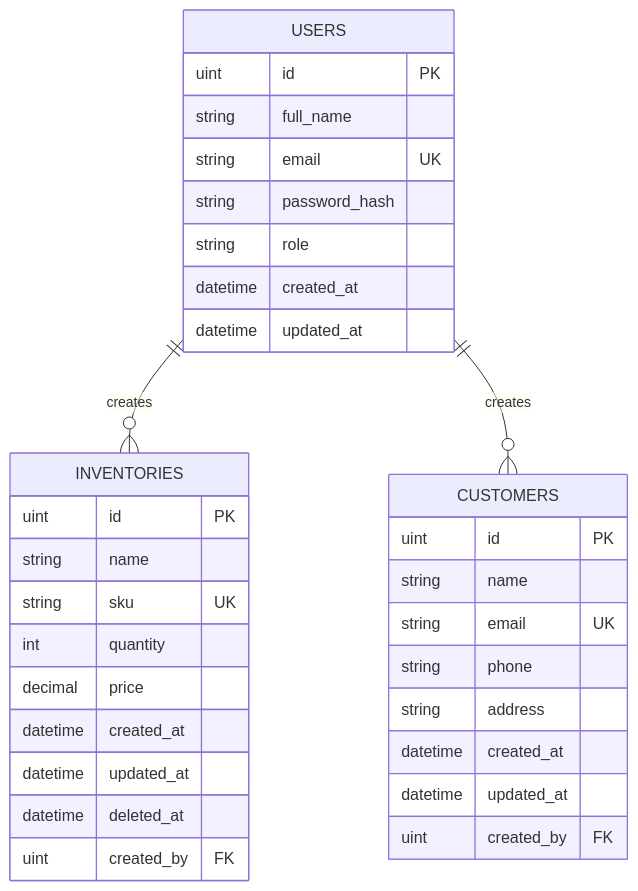
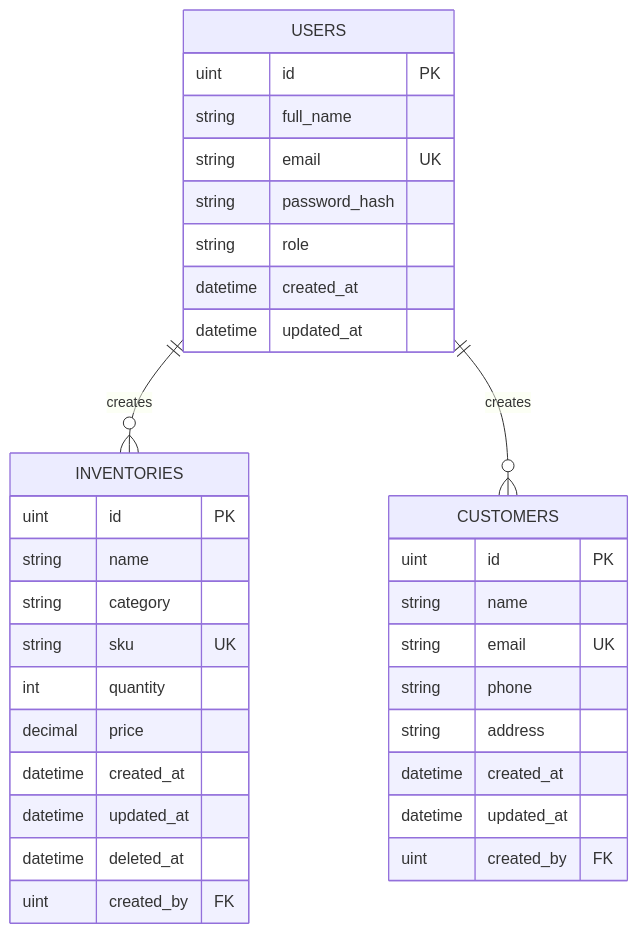
Before and after one commit to HimashaChinthani/IceCreamShop: the diagram in docs/er-diagram.mmd, drawn with Mermaid. The commit also changed 9 other files, not shown here.

```diff
--- a/docs/er-diagram.mmd
+++ b/docs/er-diagram.mmd
@@ -1,34 +1,35 @@
 erDiagram
     USERS {
         uint id PK
         string full_name
         string email UK
         string password_hash
         string role
         datetime created_at
         datetime updated_at
     }
     INVENTORIES {
         uint id PK
         string name
+        string category
         string sku UK
         int quantity
         decimal price
         datetime created_at
         datetime updated_at
         datetime deleted_at
         uint created_by FK
     }
     CUSTOMERS {
         uint id PK
         string name
         string email UK
         string phone
         string address
         datetime created_at
         datetime updated_at
         uint created_by FK
     }
 
     USERS ||--o{ INVENTORIES : creates
     USERS ||--o{ CUSTOMERS : creates
```
